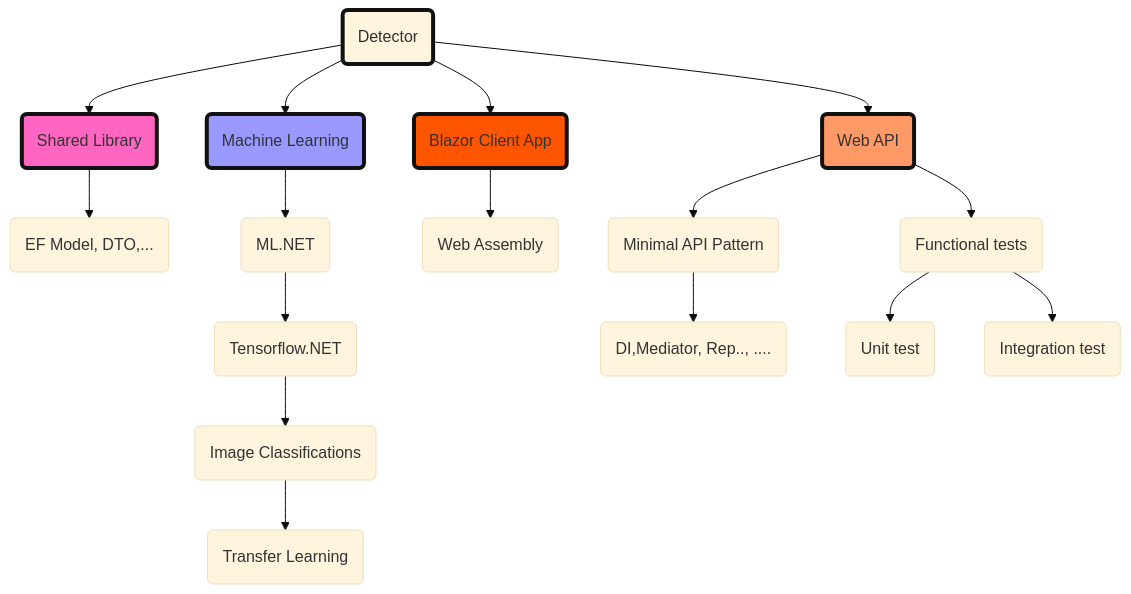
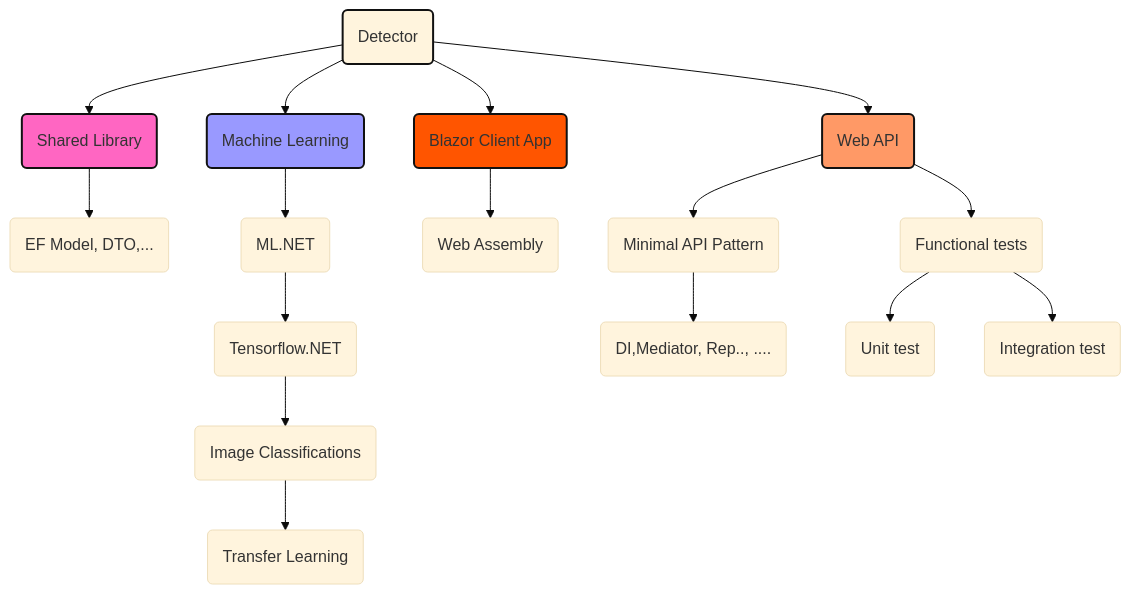
The diagram in Readme.md (bhrnjica/Detector), drawn with Mermaid (base theme) before and after one commit.

````diff
--- a/Readme.md
+++ b/Readme.md
@@ -12,30 +12,30 @@
 ```mermaid
   graph TD;
       A(Detector) --> B(Machine Learning)
-      style A stroke:#111,stroke-width:4px;
-      style B fill:#99F,stroke:#111,stroke-width:4px;
+      style A stroke:#111,stroke-width:2px;
+      style B fill:#99F,stroke:#111,stroke-width:2px;
       
       A-->C(Blazor Client App);
-      style C fill:#f50,stroke:#111,stroke-width:4px;
+      style C fill:#f50,stroke:#111,stroke-width:2px;
 
       A-->F(Shared Library);
-      style F fill:#f099,stroke:#111,stroke-width:4px;
+      style F fill:#f099,stroke:#111,stroke-width:2px;
 
       F-->FE(EF Model, DTO,... )
 
       A-->D(Web API);
-      style D fill:	#f96,stroke:#111,stroke-width:4px;
+      style D fill:	#f96,stroke:#111,stroke-width:2px;
 
       B-->E(ML.NET);
       E-->EE(Tensorflow.NET);
       EE-->EEE(Image Classifications);
       EEE-->EEEE(Transfer Learning);
       C-->CA(Web Assembly);
       D-->DA(Minimal API Pattern);
       DA-->DAC(DI,Mediator, Rep.., ....); 
 
       D-->DB(Functional tests)
       DB-->DBB(Unit test)
       DB-->DBC(Integration test)
      
 ```
````
